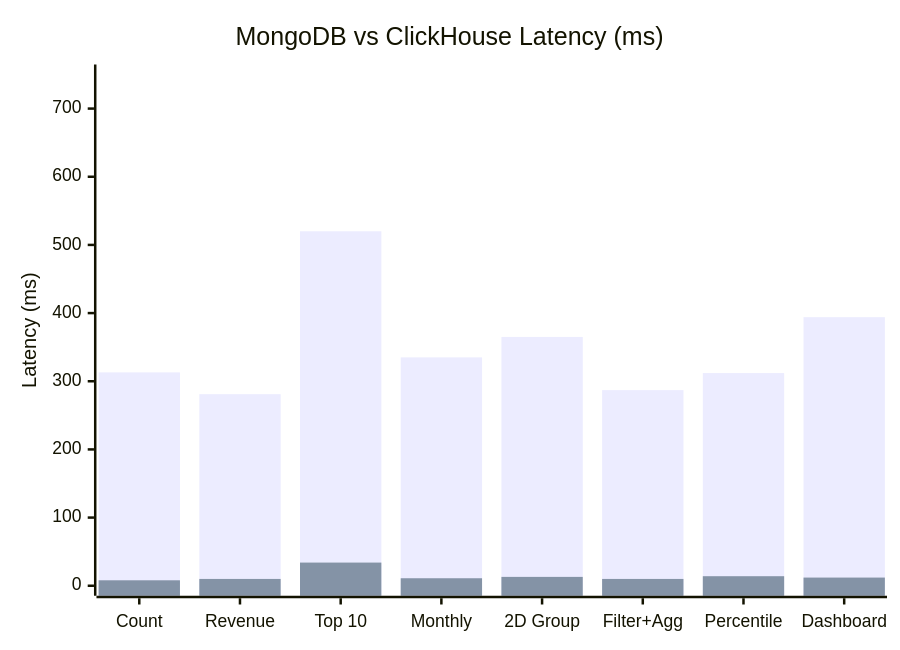
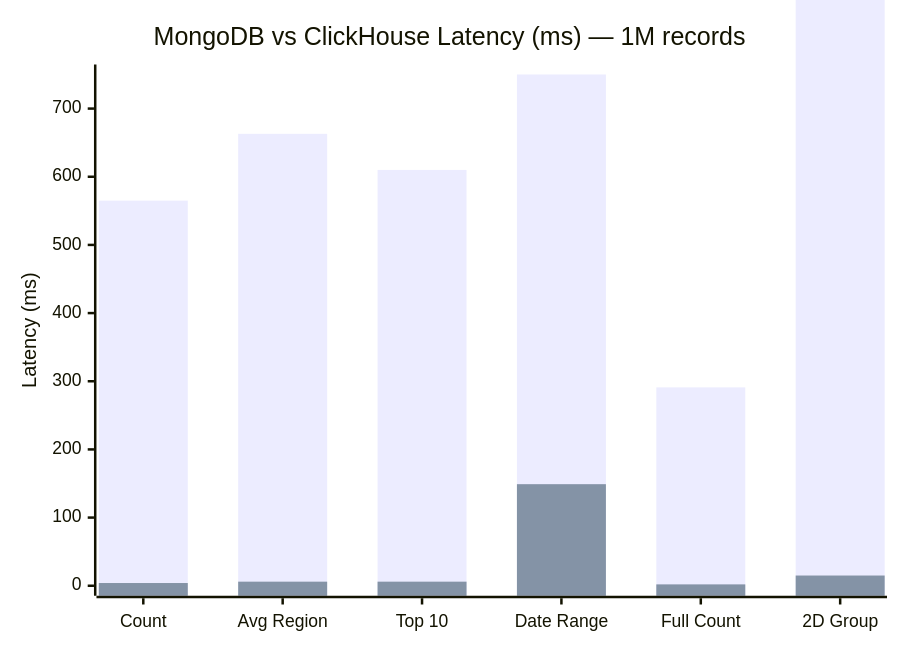
Before and after one commit to mrityunjaysharma/mongo-flux: the seventh of 8 diagrams in docs/design.md, drawn with Mermaid. The commit also changed other lines of this file and 10 other files, not shown here.

````diff
--- a/docs/design.md
+++ b/docs/design.md
@@ -198,8 +198,8 @@
 ```mermaid
 xychart-beta
-    title "MongoDB vs ClickHouse Latency (ms)"
-    x-axis ["Count", "Revenue", "Top 10", "Monthly", "2D Group", "Filter+Agg", "Percentile", "Dashboard"]
+    title "MongoDB vs ClickHouse Latency (ms) — 1M records"
+    x-axis ["Count", "Avg Region", "Top 10", "Date Range", "Full Count", "2D Group"]
     y-axis "Latency (ms)" 0 --> 750
-    bar [313, 281, 520, 335, 365, 287, 312, 394]
-    bar [8, 10, 34, 11, 13, 10, 14, 12]
+    bar [565, 663, 610, 750, 291, 985]
+    bar [4, 6, 6, 149, 2, 15]
 ```
````
